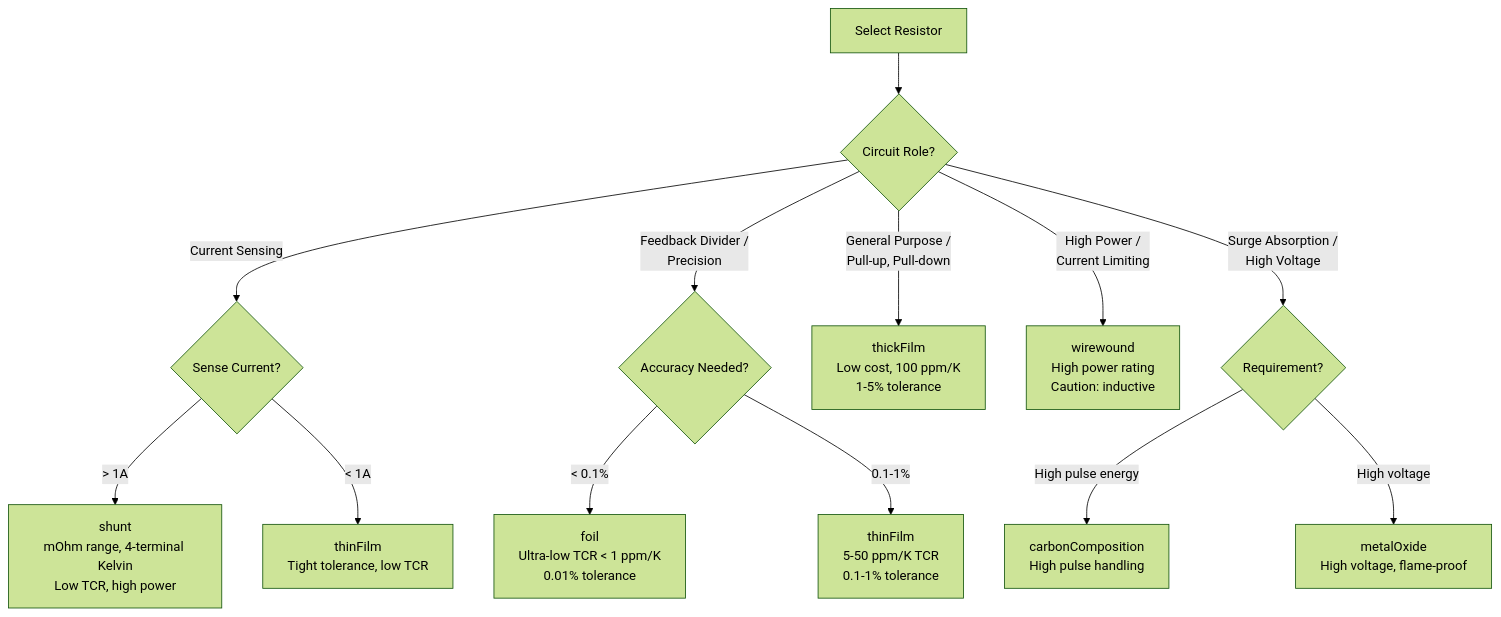
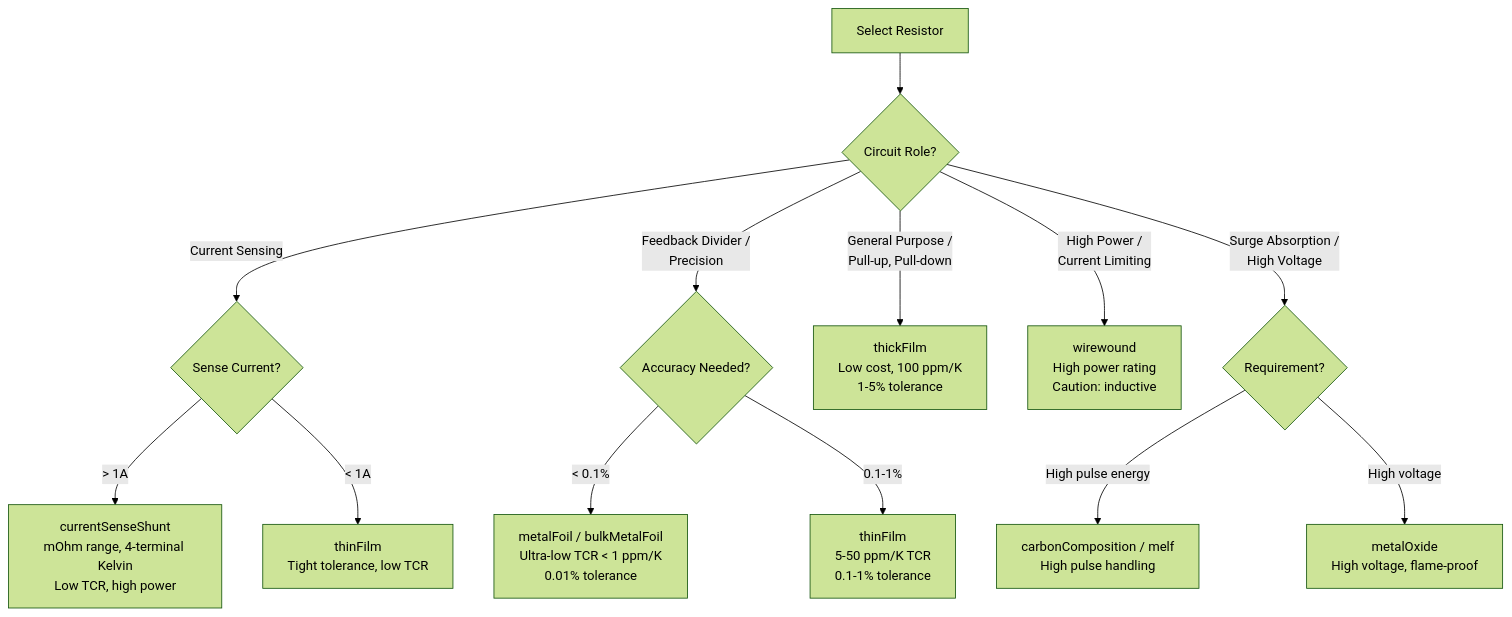
Before and after one commit to Power-Supply-Manufacturers-Association/RAS: the first of 2 diagrams in README.md, drawn with Mermaid (forest theme). The commit also changed other lines of this file and 7 other files, not shown here.

First line of the commit message:
fix(schema): writable varistor requirements; empty-seed varistor; sealed outputs; docs corrected

````diff
--- a/README.md
+++ b/README.md
@@ -57,20 +63,20 @@
 ```mermaid
 flowchart TD
     Start["Select Resistor"] --> Role{"Circuit Role?"}
 
     Role -->|"Current Sensing"| Sense{"Sense Current?"}
-    Sense -->|"> 1A"| Shunt["shunt<br/>mOhm range, 4-terminal Kelvin<br/>Low TCR, high power"]
+    Sense -->|"> 1A"| Shunt["currentSenseShunt<br/>mOhm range, 4-terminal Kelvin<br/>Low TCR, high power"]
     Sense -->|"< 1A"| ThinSense["thinFilm<br/>Tight tolerance, low TCR"]
 
     Role -->|"Feedback Divider /<br/>Precision"| Precision{"Accuracy Needed?"}
-    Precision -->|"< 0.1%"| Foil["foil<br/>Ultra-low TCR < 1 ppm/K<br/>0.01% tolerance"]
+    Precision -->|"< 0.1%"| Foil["metalFoil / bulkMetalFoil<br/>Ultra-low TCR < 1 ppm/K<br/>0.01% tolerance"]
     Precision -->|"0.1-1%"| ThinFilm["thinFilm<br/>5-50 ppm/K TCR<br/>0.1-1% tolerance"]
 
     Role -->|"General Purpose /<br/>Pull-up, Pull-down"| ThickFilm["thickFilm<br/>Low cost, 100 ppm/K<br/>1-5% tolerance"]
 
     Role -->|"High Power /<br/>Current Limiting"| Wirewound["wirewound<br/>High power rating<br/>Caution: inductive"]
 
     Role -->|"Surge Absorption /<br/>High Voltage"| Surge{"Requirement?"}
-    Surge -->|"High pulse energy"| Carbon["carbonComposition<br/>High pulse handling"]
+    Surge -->|"High pulse energy"| Carbon["carbonComposition / melf<br/>High pulse handling"]
     Surge -->|"High voltage"| MetalOx["metalOxide<br/>High voltage, flame-proof"]
 ```
````
